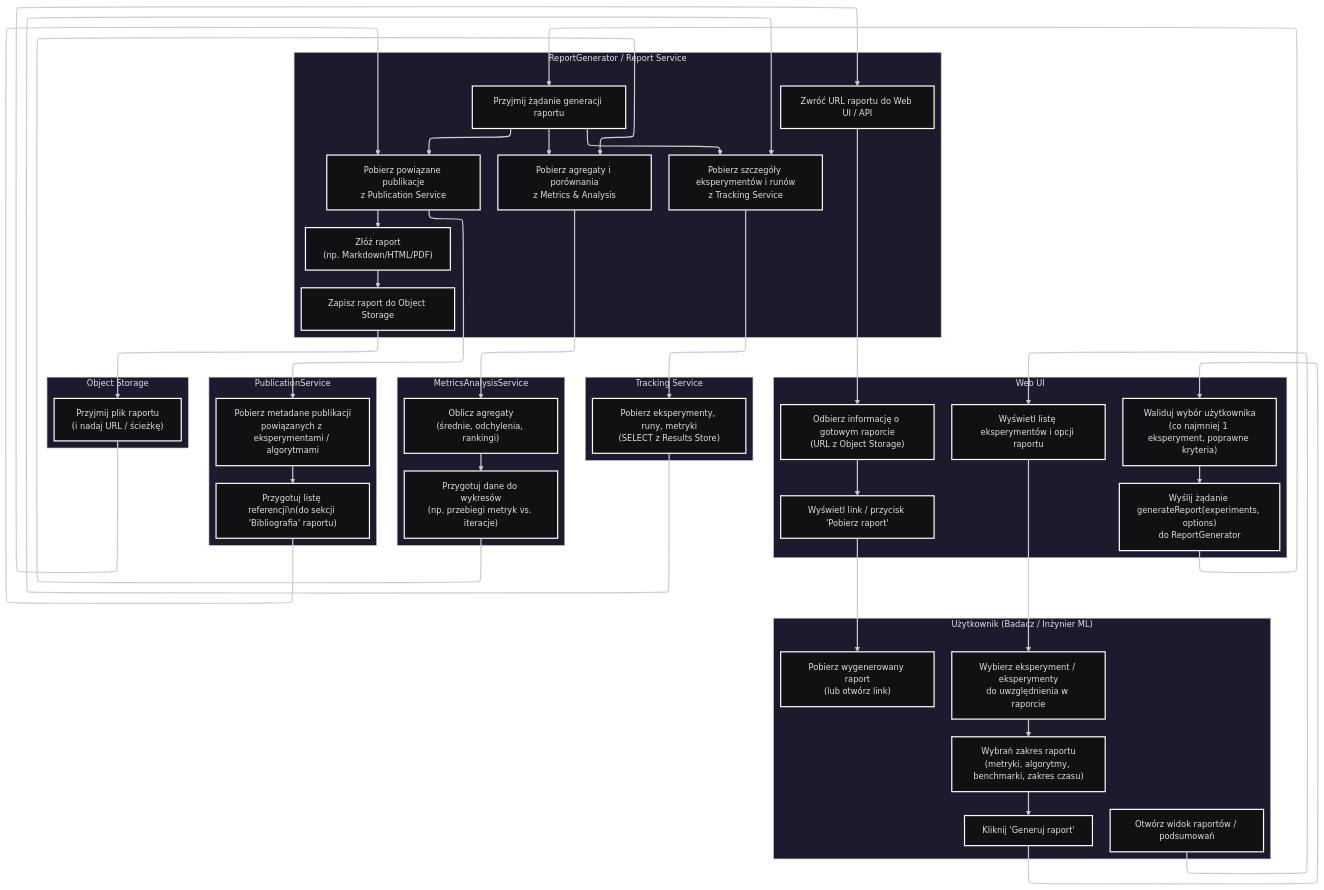
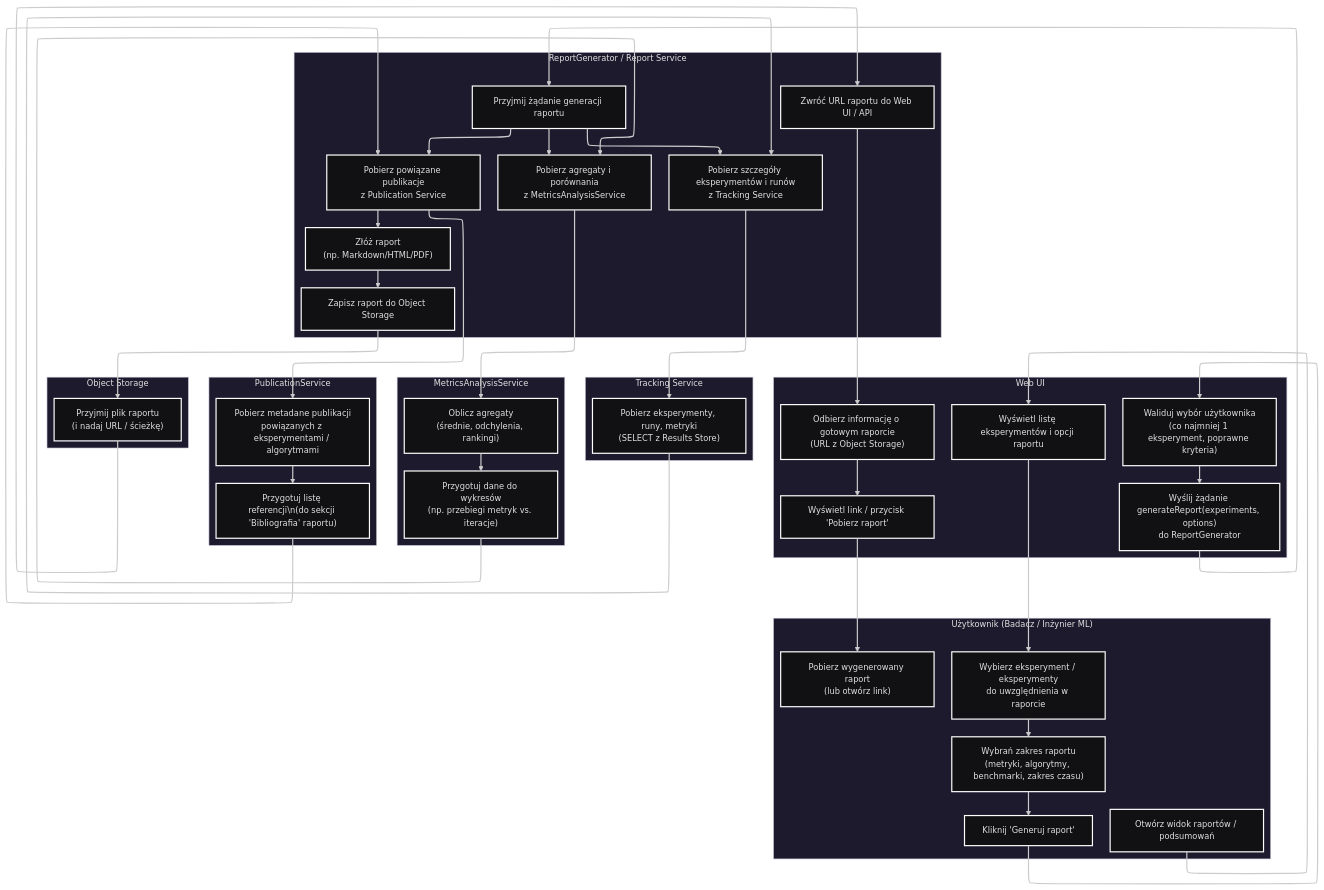
One commit to jedrzejpolaczek/aviarium.corvidae.corvus_corone changed diagram 34 of 35 in docs/system_c4_architecture.md. Above: the diagram before and after it, drawn with Mermaid. The commit also changed other lines of this file, not shown here.

````diff
--- a/docs/system_c4_architecture.md
+++ b/docs/system_c4_architecture.md
@@ -2866,70 +3045,70 @@
 ```mermaid
 ---
 config:
   layout: elk
   theme: redux-dark
 ---
 flowchart TB
  subgraph USER["Użytkownik (Badacz / Inżynier ML)"]
         U1["Otwórz widok raportów / podsumowań"]
         U2["Wybierz eksperyment / eksperymenty\ndo uwzględnienia w raporcie"]
         U3["Wybrań zakres raportu\n(metryki, algorytmy, benchmarki, zakres czasu)"]
         U4@{ label: "Kliknij 'Generuj raport'" }
         U5["Pobierz wygenerowany raport\n(lub otwórz link)"]
   end
  subgraph UI["Web UI"]
         W1["Wyświetl listę eksperymentów i opcji raportu"]
         W2["Waliduj wybór użytkownika\n(co najmniej 1 eksperyment, poprawne kryteria)"]
         W3["Wyślij żądanie generateReport(experiments, options)\ndo ReportGenerator"]
         W4["Odbierz informację o gotowym raporcie\n(URL z Object Storage)"]
         W5@{ label: "Wyświetl link / przycisk 'Pobierz raport'" }
   end
  subgraph REP["ReportGenerator / Report Service"]
         R1["Przyjmij żądanie generacji raportu"]
         R2["Pobierz szczegóły eksperymentów i runów\nz Tracking Service"]
-        R3["Pobierz agregaty i porównania\nz Metrics & Analysis"]
+        R3["Pobierz agregaty i porównania\nz MetricsAnalysisService"]
         R4["Pobierz powiązane publikacje\nz Publication Service"]
         R5["Złóż raport\n(np. Markdown/HTML/PDF)"]
         R6["Zapisz raport do Object Storage"]
         R7["Zwróć URL raportu do Web UI / API"]
   end
  subgraph TRK["Tracking Service"]
         T1["Pobierz eksperymenty, runy, metryki\n(SELECT z Results Store)"]
   end
  subgraph MNA["MetricsAnalysisService"]
         M1["Oblicz agregaty\n(średnie, odchylenia, rankingi)"]
         M2["Przygotuj dane do wykresów\n(np. przebiegi metryk vs. iteracje)"]
   end
  subgraph PUB["PublicationService"]
         P1["Pobierz metadane publikacji\npowiązanych z eksperymentami / algorytmami"]
         P2@{ label: "Przygotuj listę referencji\\n(do sekcji 'Bibliografia' raportu)" }
   end
  subgraph OBJ["Object Storage"]
         O1["Przyjmij plik raportu\n(i nadaj URL / ścieżkę)"]
   end
     U1 --> W1
     W1 --> U2
     U2 --> U3
     U3 --> U4
     U4 --> W2
     W2 --> W3
     W3 --> R1
     R1 --> R2 & R3 & R4
     R2 --> T1
     R3 --> M1
     M1 --> M2
     R4 --> P1 & R5
     P1 --> P2
     T1 --> R2
     M2 --> R3
     P2 --> R4
     R5 --> R6
     R6 --> O1
     O1 --> R7
     R7 --> W4
     W4 --> W5
     W5 --> U5
     U4@{ shape: rect}
     W5@{ shape: rect}
     P2@{ shape: rect}
 ```
````
